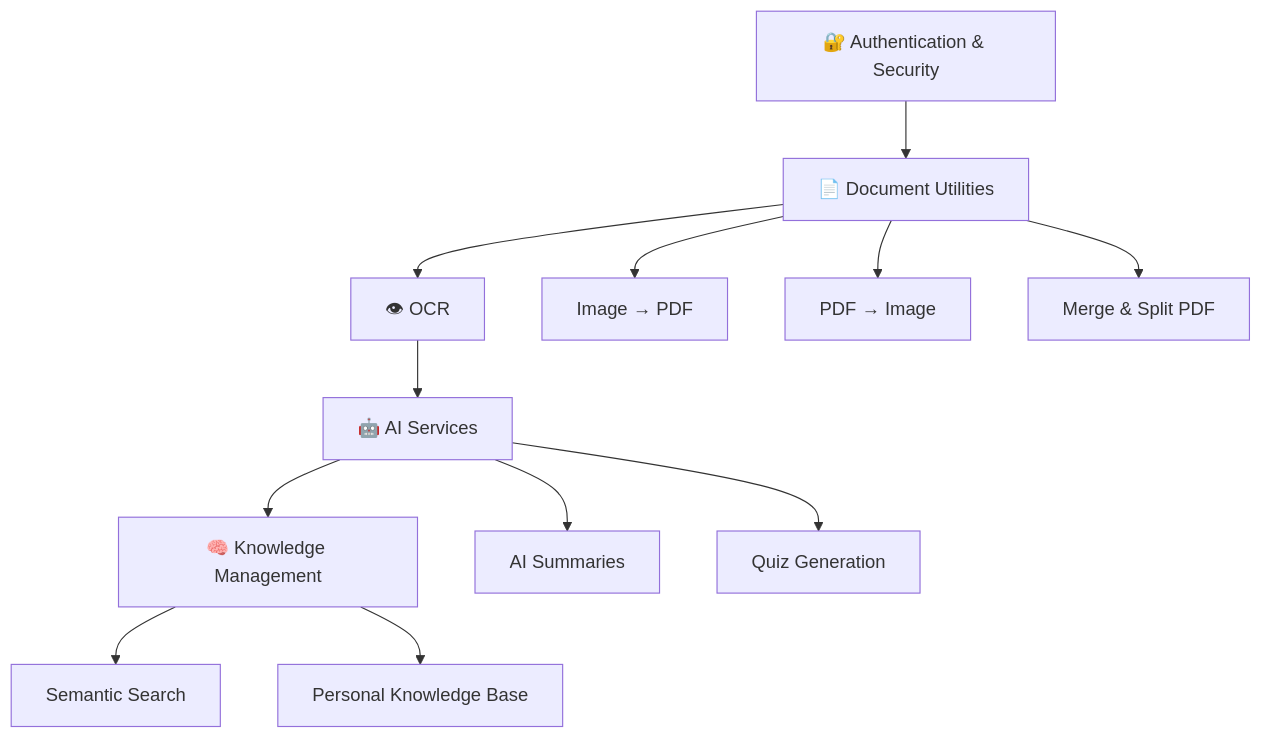
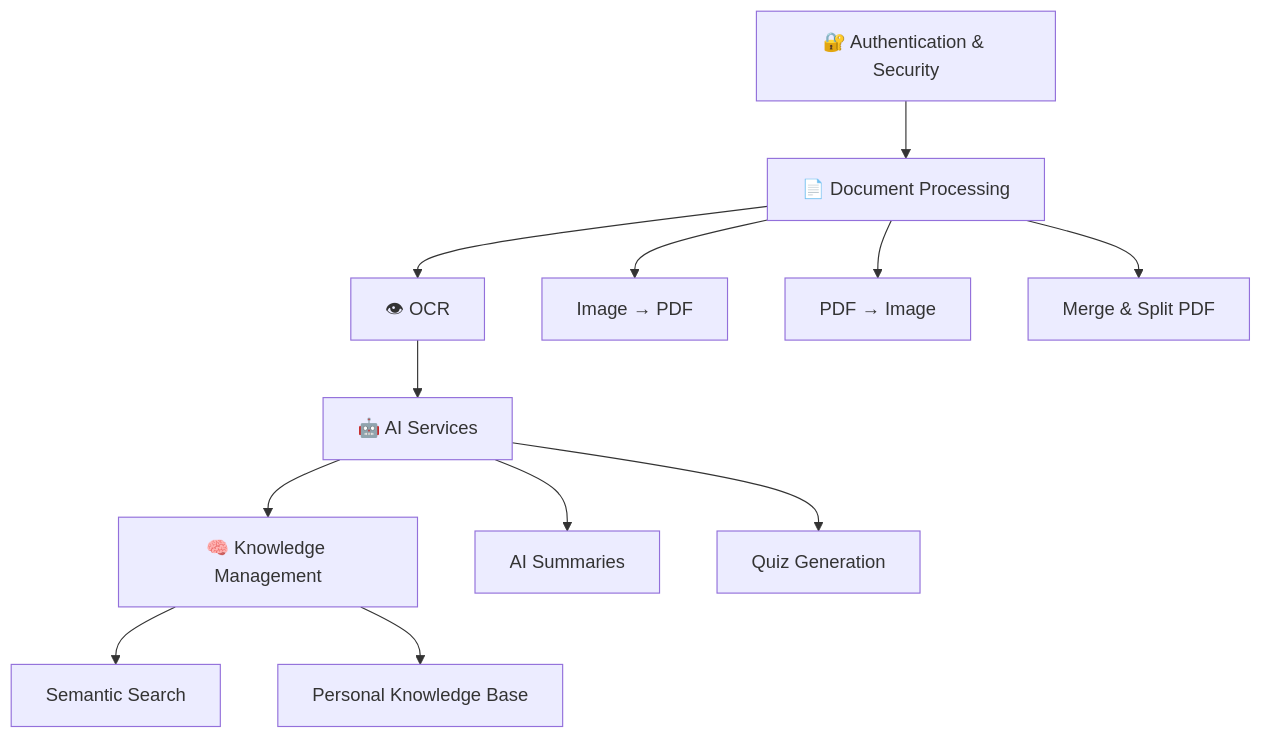
Before and after one commit to Timely-Position463/productivity-platform: the first of 3 diagrams in README.md, drawn with Mermaid. The commit also changed other lines of this file and 24 other files, not shown here.

Commit message:
feat: release v0.7.0 document processing foundation

````diff
--- a/README.md
+++ b/README.md
@@ -148,17 +148,17 @@
 ```mermaid
 flowchart TD
-    A[🔐 Authentication & Security] --> B[📄 Document Utilities]
+    A[🔐 Authentication & Security] --> B[📄 Document Processing]
     B --> C[👁 OCR]
     C --> D[🤖 AI Services]
     D --> E[🧠 Knowledge Management]
 
     B --> B1[Image → PDF]
     B --> B2[PDF → Image]
     B --> B3[Merge & Split PDF]
 
     D --> D1[AI Summaries]
     D --> D2[Quiz Generation]
 
     E --> E1[Semantic Search]
     E --> E2[Personal Knowledge Base]
 ```
````
